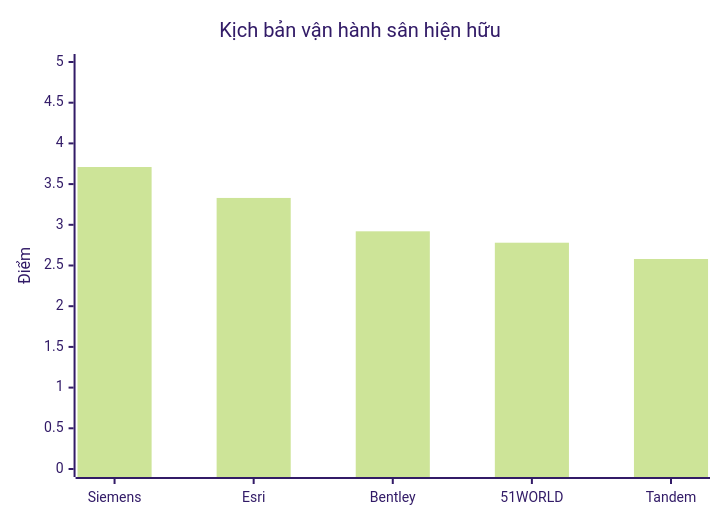
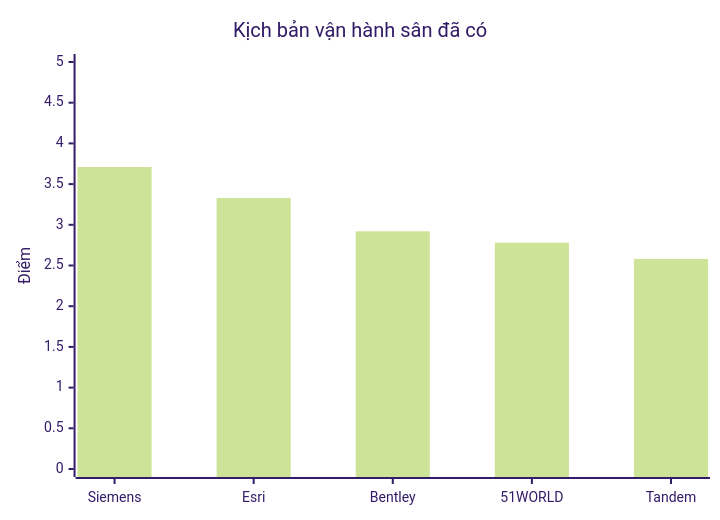
One commit to hoangtrunghieu0025-lab/internship_report changed the fifth of 11 diagrams in bao-cao-benchmark-tong-hop-5-he-sinh-thai.md. Above: the diagram before and after it, drawn with Mermaid (forest theme). The commit also changed other lines of this file, not shown here.

````diff
--- a/bao-cao-benchmark-tong-hop-5-he-sinh-thai.md
+++ b/bao-cao-benchmark-tong-hop-5-he-sinh-thai.md
@@ -249,7 +249,7 @@
 ```mermaid
 xychart-beta
-    title "Kịch bản vận hành sân hiện hữu"
+    title "Kịch bản vận hành sân đã có"
     x-axis ["Siemens", "Esri", "Bentley", "51WORLD", "Tandem"]
     y-axis "Điểm" 0 --> 5
     bar [3.71, 3.33, 2.92, 2.78, 2.58]
 ```
````
